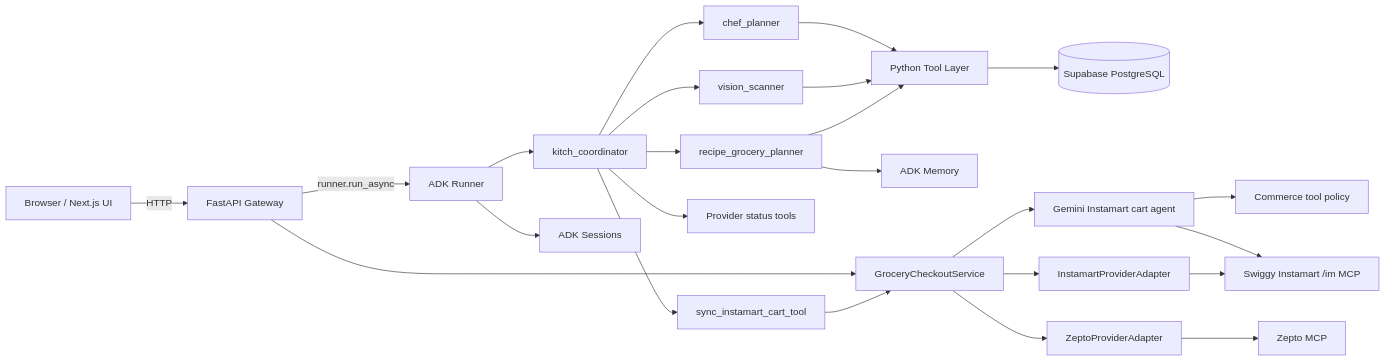
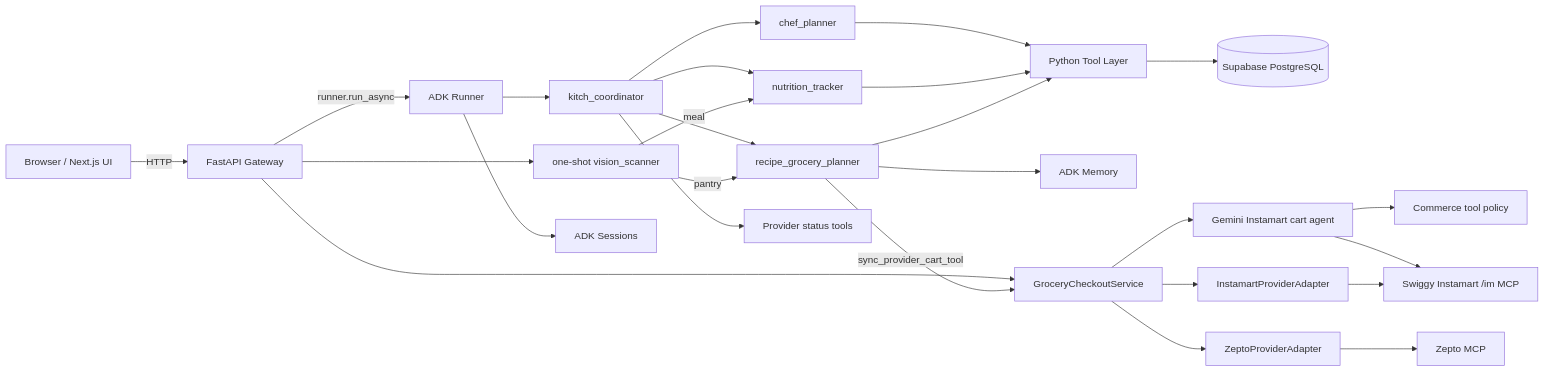
One commit to architworks/meal_and_grocery_agent changed the first of 2 diagrams in docs/system_architecture.md. Above: the diagram before and after it, drawn with Mermaid. The commit also changed other lines of this file and 26 other files, not shown here.

````diff
--- a/docs/system_architecture.md
+++ b/docs/system_architecture.md
@@ -30,29 +32,31 @@
 ```mermaid
 flowchart LR
     Browser[Browser / Next.js UI] -->|HTTP| API[FastAPI Gateway]
     API -->|runner.run_async| Runner[ADK Runner]
     Runner --> Coordinator[kitch_coordinator]
     Coordinator --> Chef[chef_planner]
-    Coordinator --> Vision[vision_scanner]
     Coordinator --> RecipeGrocery[recipe_grocery_planner]
+    Coordinator --> Nutrition[nutrition_tracker]
     Coordinator --> ProviderReadTools[Provider status tools]
-    Coordinator --> SyncTool[sync_instamart_cart_tool]
+    API --> Vision[one-shot vision_scanner]
+    Vision -->|meal| Nutrition
+    Vision -->|pantry| RecipeGrocery
 
     Chef --> Tools[Python Tool Layer]
-    Vision --> Tools
+    Nutrition --> Tools
     RecipeGrocery --> Tools
 
     Tools --> Supabase[(Supabase PostgreSQL)]
     RecipeGrocery --> Memory[ADK Memory]
     Runner --> Sessions[ADK Sessions]
 
     API --> Checkout[GroceryCheckoutService]
-    SyncTool --> Checkout
+    RecipeGrocery -->|sync_provider_cart_tool| Checkout
     Checkout --> InstamartAgent[Gemini Instamart cart agent]
     InstamartAgent --> ToolPolicy[Commerce tool policy]
     InstamartAgent --> InstamartMCP[Swiggy Instamart /im MCP]
     Checkout --> ZeptoAdapter[ZeptoProviderAdapter]
     Checkout --> InstamartAdapter[InstamartProviderAdapter]
     ZeptoAdapter --> ZeptoMCP[Zepto MCP]
     InstamartAdapter --> InstamartMCP
 ```
````
